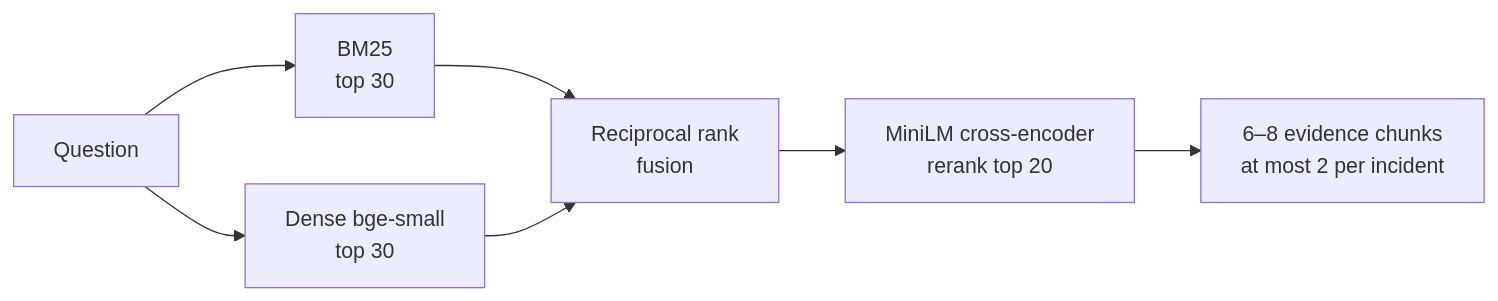
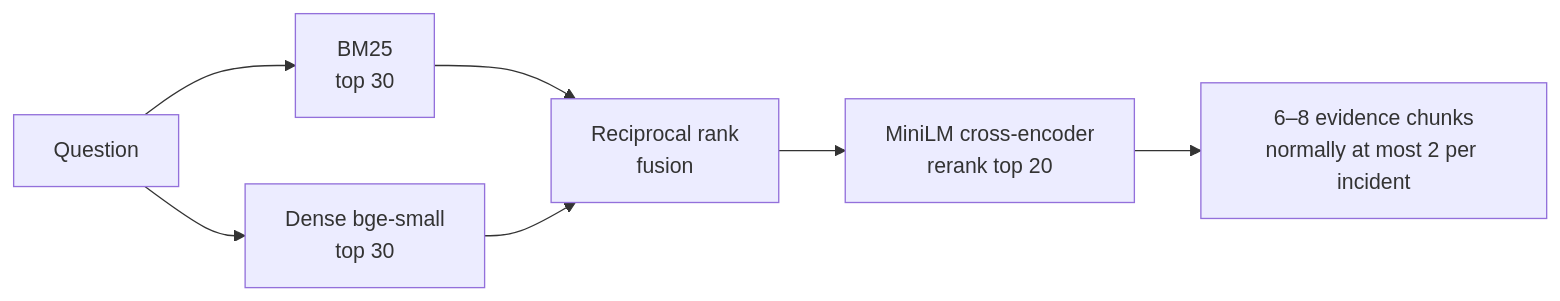
Before and after one commit to agnibeshSamanta1988/KGP-SafeMine-Agentic-AI-for-Mining-Safety-Incident-Investigation: the third of 3 diagrams in KGP-SafeMine-Platform/README.md, drawn with Mermaid. The commit also changed other lines of this file and 26 other files, not shown here.

````diff
--- a/KGP-SafeMine-Platform/README.md
+++ b/KGP-SafeMine-Platform/README.md
@@ -215,9 +218,9 @@
 ```mermaid
 flowchart LR
     Q[Question] --> B["BM25<br/>top 30"]
     Q --> D["Dense bge-small<br/>top 30"]
     B --> F["Reciprocal rank<br/>fusion"]
     D --> F
     F --> X["MiniLM cross-encoder<br/>rerank top 20"]
-    X --> E["6–8 evidence chunks<br/>at most 2 per incident"]
+    X --> E["6–8 evidence chunks<br/>normally at most 2 per incident"]
 ```
````
